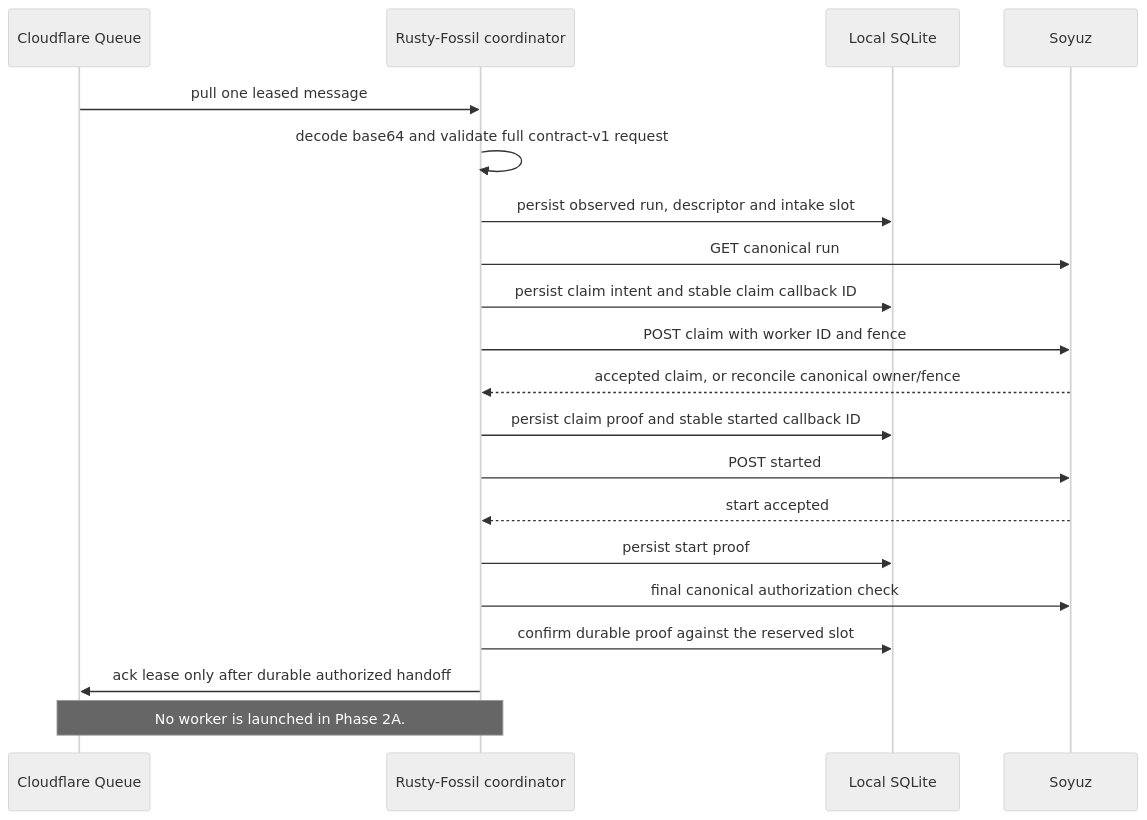
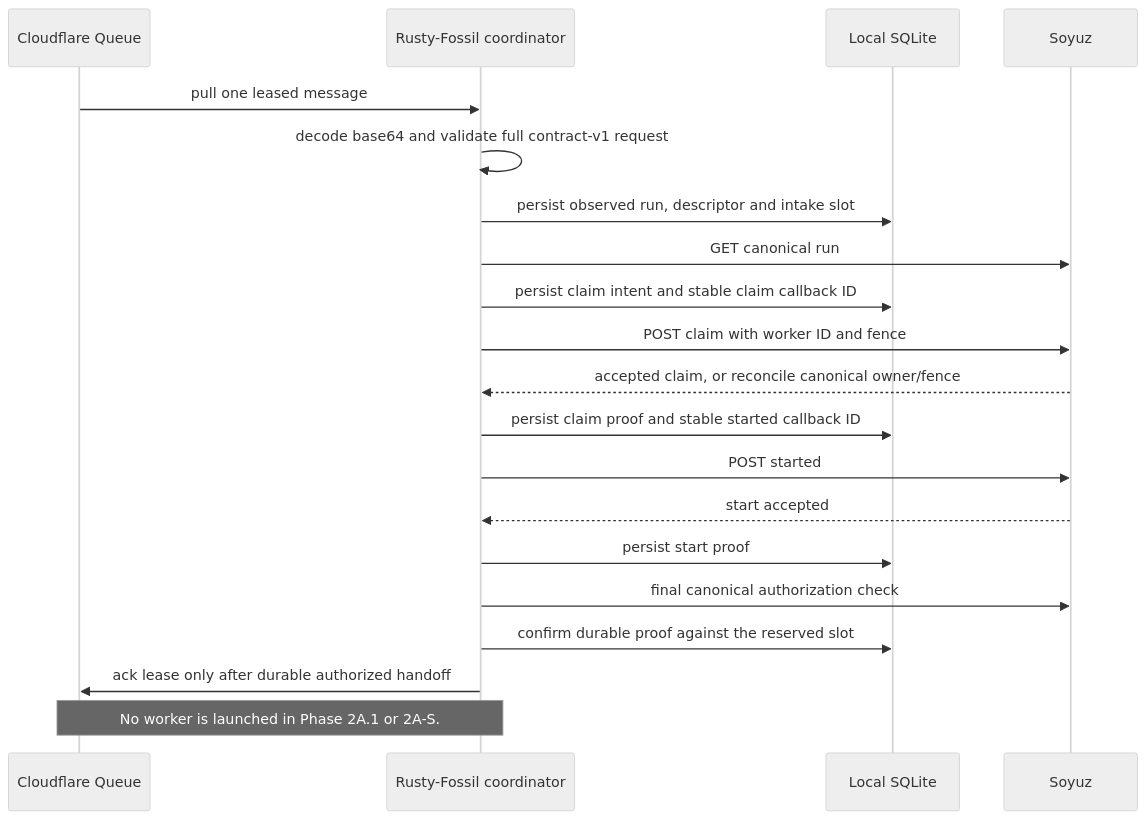
The diagram in README.md (CyanAutomation/rusty-fossil), drawn with Mermaid (neutral theme) before and after one commit. The commit also changed other lines of this file and 22 other files, not shown here.

````diff
--- a/README.md
+++ b/README.md
@@ -18,22 +19,22 @@
 ```mermaid
 sequenceDiagram
     participant Q as Cloudflare Queue
     participant C as Rusty-Fossil coordinator
     participant DB as Local SQLite
     participant S as Soyuz
     Q->>C: pull one leased message
     C->>C: decode base64 and validate full contract-v1 request
     C->>DB: persist observed run, descriptor and intake slot
     C->>S: GET canonical run
     C->>DB: persist claim intent and stable claim callback ID
     C->>S: POST claim with worker ID and fence
     S-->>C: accepted claim, or reconcile canonical owner/fence
     C->>DB: persist claim proof and stable started callback ID
     C->>S: POST started
     S-->>C: start accepted
     C->>DB: persist start proof
     C->>S: final canonical authorization check
     C->>DB: confirm durable proof against the reserved slot
     C->>Q: ack lease only after durable authorized handoff
-    Note over C,Q: No worker is launched in Phase 2A.
+    Note over C,Q: No worker is launched in Phase 2A.1 or 2A-S.
 ```
````
